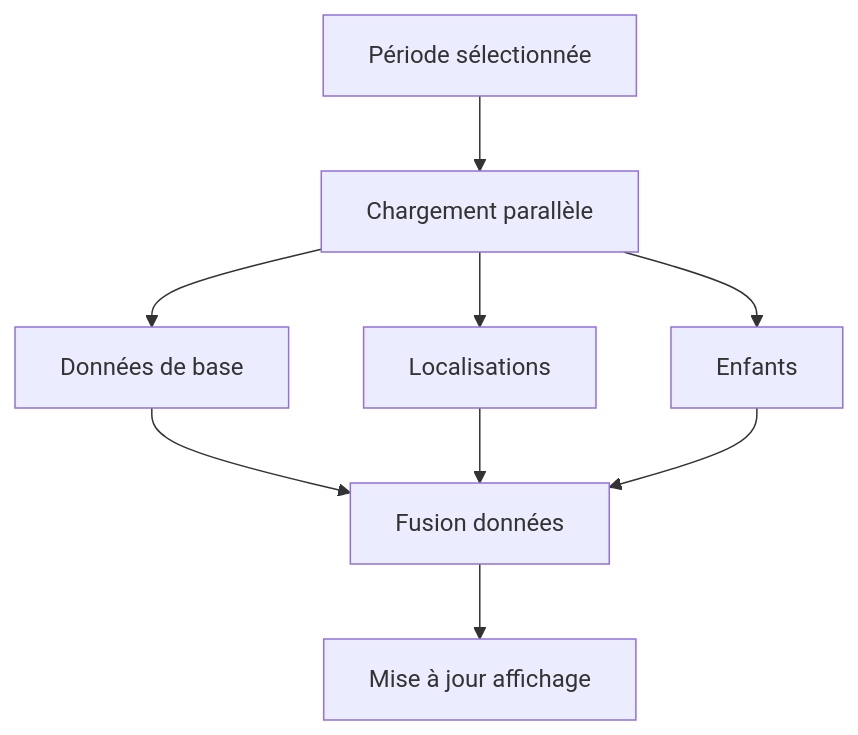
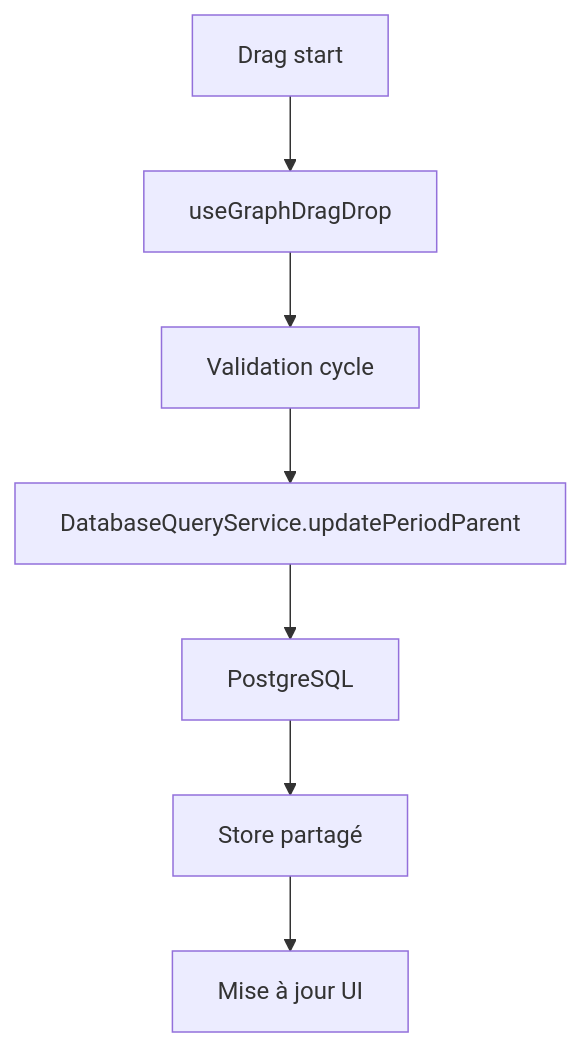
One commit to flobutbut/UniversalTimeline changed the seventh of 9 diagrams in Documentation-flux-donnees.md. Above: the diagram before and after it, drawn with Mermaid. The commit also changed other lines of this file and 5 other files, not shown here.

First line of the commit message:
refactor: Documentation complète mise à jour et fidèle à la codebase

````diff
--- a/Documentation-flux-donnees.md
+++ b/Documentation-flux-donnees.md
@@ -66,11 +113,9 @@
 ```mermaid
 graph TD
-    A[Période sélectionnée] --> B[Chargement parallèle]
-    B --> C[Données de base]
-    B --> D[Localisations]
-    B --> E[Enfants]
-    C --> F[Fusion données]
-    D --> F
-    E --> F
-    F --> G[Mise à jour affichage]
+    A[Drag start] --> B[useGraphDragDrop]
+    B --> C[Validation cycle]
+    C --> D[DatabaseQueryService.updatePeriodParent]
+    D --> E[PostgreSQL]
+    E --> F[Store partagé]
+    F --> G[Mise à jour UI]
 ```
````
